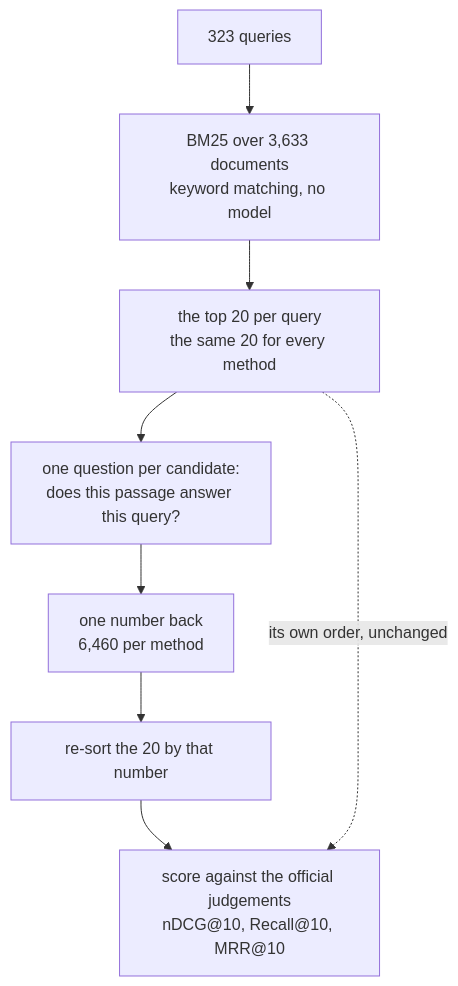
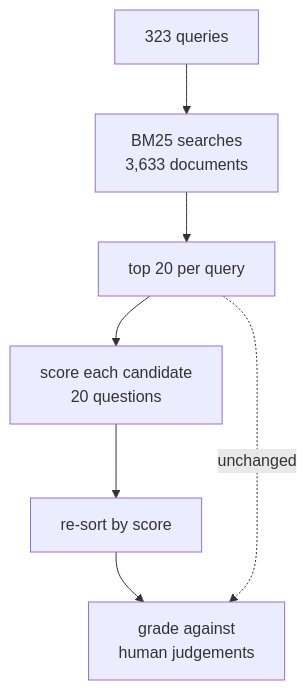
One commit to nadeem4/ai-experiments changed the diagram in rerank/README.md. Above: the diagram before and after it, drawn with Mermaid.

Commit message:
rerank: shorten the diagram labels
Long labels were being clipped by the node boxes. The detail they carried
is in the prose beside the diagram, which is where it reads better
anyway.

````diff
--- a/rerank/README.md
+++ b/rerank/README.md
@@ -38,10 +38,9 @@
 ```mermaid
 flowchart TB
-    Q["323 queries"] --> B["BM25 over 3,633 documents<br/>keyword matching, no model"]
-    B --> C["the top 20 per query<br/>the same 20 for every method"]
-    C --> S["one question per candidate:<br/>does this passage answer this query?"]
-    S --> N["one number back<br/>6,460 per method"]
-    N --> O["re-sort the 20 by that number"]
-    O --> E["score against the official judgements<br/>nDCG@10, Recall@10, MRR@10"]
-    C -.->|"its own order, unchanged"| E
+    Q["323 queries"] --> B["BM25 searches<br/>3,633 documents"]
+    B --> C["top 20 per query"]
+    C --> S["score each candidate<br/>20 questions"]
+    S --> O["re-sort by score"]
+    O --> E["grade against<br/>human judgements"]
+    C -.->|"unchanged"| E
 ```
````
